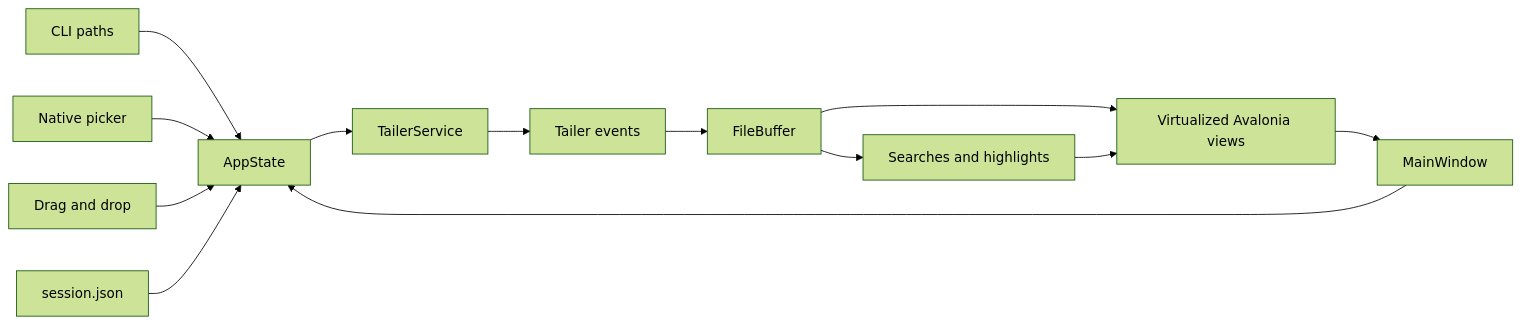
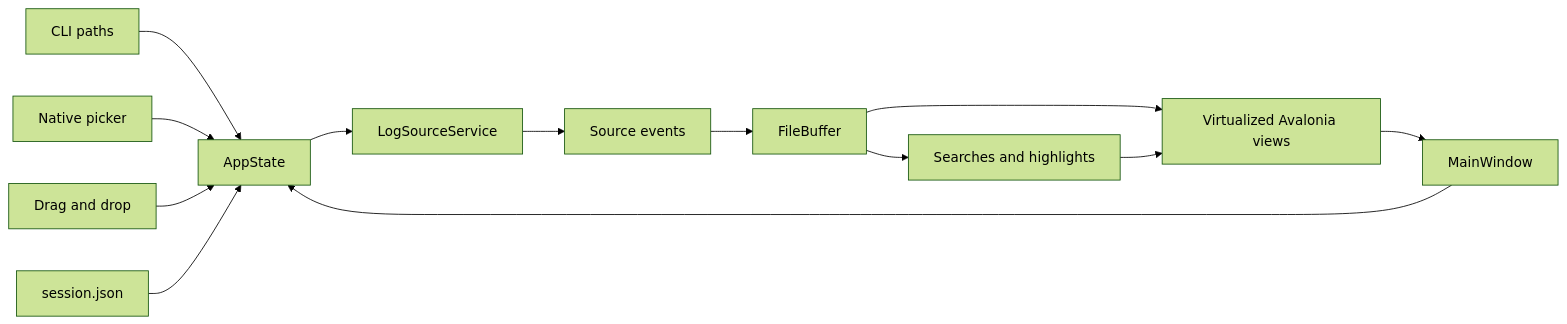
Before and after one commit to jublin/HexTail: the diagram in docs/architecture.md, drawn with Mermaid (forest theme). The commit also changed other lines of this file and 60 other files, not shown here.

````diff
--- a/docs/architecture.md
+++ b/docs/architecture.md
@@ -10,15 +16,15 @@
 ```mermaid
 flowchart LR
     A[CLI paths] --> S[AppState]
     B[Native picker] --> S
     C[Drag and drop] --> S
     D[session.json] --> S
-    S --> T[TailerService]
-    T --> E[Tailer events]
+    S --> T[LogSourceService]
+    T --> E[Source events]
     E --> F[FileBuffer]
     F --> Q[Searches and highlights]
     F --> V[Virtualized Avalonia views]
     Q --> V
     V --> U[MainWindow]
     U --> S
 ```
````
